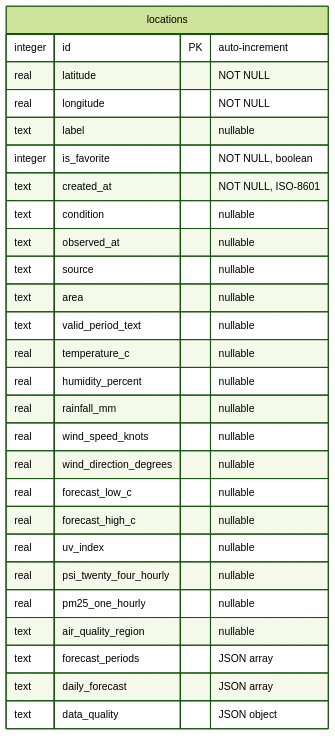
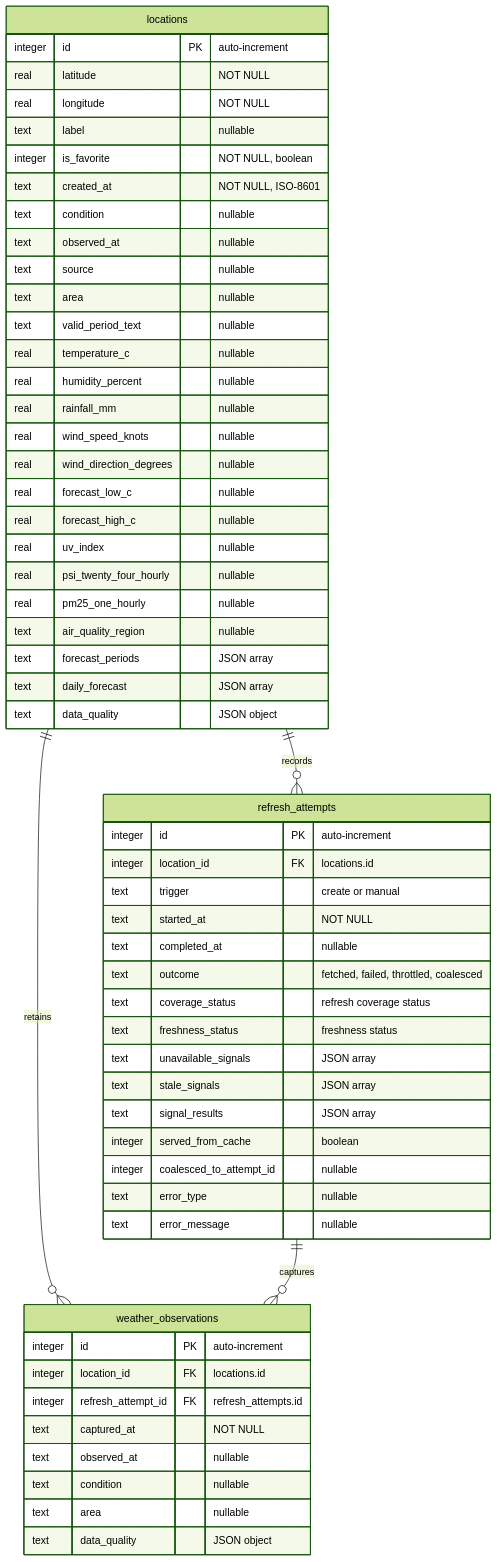
The first of 2 diagrams in docs/src/content/docs/reference/database-schema.md (optiflow/sg-weather-ops-dashboard), drawn with Mermaid (forest theme) before and after one commit. The commit also changed other lines of this file and 52 other files, not shown here.

Commit message:
Refactor weather dashboard data flow and UI

````diff
--- a/docs/src/content/docs/reference/database-schema.md
+++ b/docs/src/content/docs/reference/database-schema.md
@@ -10,30 +10,60 @@
 ```mermaid
 erDiagram
   locations {
     integer id PK "auto-increment"
     real latitude "NOT NULL"
     real longitude "NOT NULL"
     text label "nullable"
     integer is_favorite "NOT NULL, boolean"
     text created_at "NOT NULL, ISO-8601"
     text condition "nullable"
     text observed_at "nullable"
     text source "nullable"
     text area "nullable"
     text valid_period_text "nullable"
     real temperature_c "nullable"
     real humidity_percent "nullable"
     real rainfall_mm "nullable"
     real wind_speed_knots "nullable"
     real wind_direction_degrees "nullable"
     real forecast_low_c "nullable"
     real forecast_high_c "nullable"
     real uv_index "nullable"
     real psi_twenty_four_hourly "nullable"
     real pm25_one_hourly "nullable"
     text air_quality_region "nullable"
     text forecast_periods "JSON array"
     text daily_forecast "JSON array"
     text data_quality "JSON object"
   }
+  refresh_attempts {
+    integer id PK "auto-increment"
+    integer location_id FK "locations.id"
+    text trigger "create or manual"
+    text started_at "NOT NULL"
+    text completed_at "nullable"
+    text outcome "fetched, failed, throttled, coalesced"
+    text coverage_status "refresh coverage status"
+    text freshness_status "freshness status"
+    text unavailable_signals "JSON array"
+    text stale_signals "JSON array"
+    text signal_results "JSON array"
+    integer served_from_cache "boolean"
+    integer coalesced_to_attempt_id "nullable"
+    text error_type "nullable"
+    text error_message "nullable"
+  }
+  weather_observations {
+    integer id PK "auto-increment"
+    integer location_id FK "locations.id"
+    integer refresh_attempt_id FK "refresh_attempts.id"
+    text captured_at "NOT NULL"
+    text observed_at "nullable"
+    text condition "nullable"
+    text area "nullable"
+    text data_quality "JSON object"
+  }
+  locations ||--o{ refresh_attempts : "records"
+  locations ||--o{ weather_observations : "retains"
+  refresh_attempts ||--o{ weather_observations : "captures"
 ```
````
